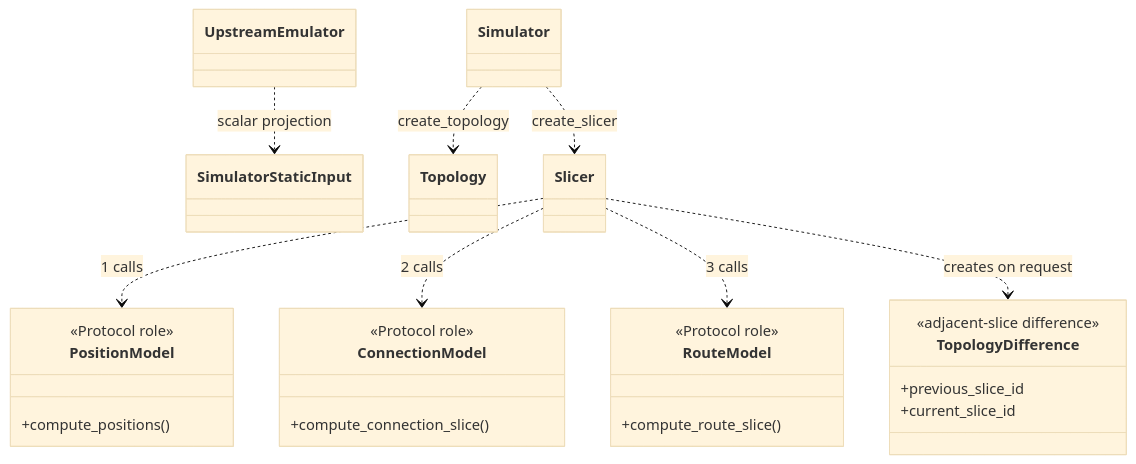
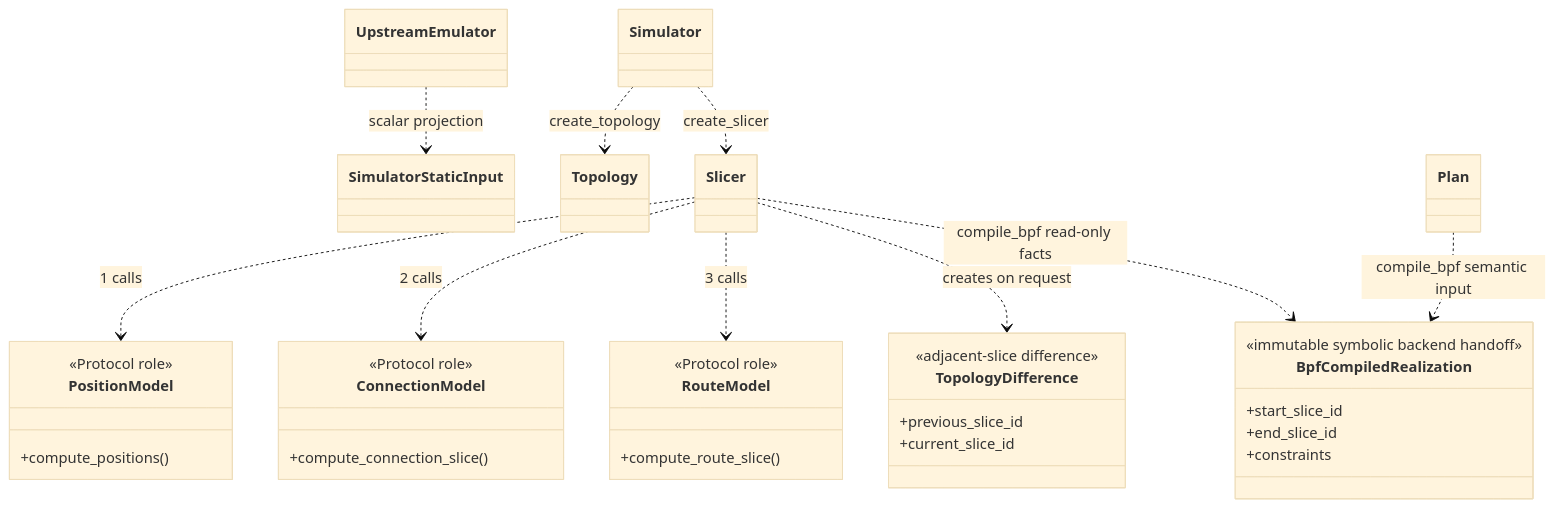
The eighth of 9 diagrams in skyseed_v2/docs/human-readable/object-model.md (seed-labs/skyseed), drawn with Mermaid (base theme) before and after one commit. The commit also changed other lines of this file and 41 other files, not shown here.

````diff
--- a/skyseed_v2/docs/human-readable/object-model.md
+++ b/skyseed_v2/docs/human-readable/object-model.md
@@ -290,33 +290,42 @@
 ```mermaid
 classDiagram
     class UpstreamEmulator
     class SimulatorStaticInput
     class Simulator
     class Topology
     class Slicer
     class PositionModel {
         <<Protocol role>>
         +compute_positions()
     }
     class ConnectionModel {
         <<Protocol role>>
         +compute_connection_slice()
     }
     class RouteModel {
         <<Protocol role>>
         +compute_route_slice()
     }
     class TopologyDifference {
         <<adjacent-slice difference>>
         +previous_slice_id
         +current_slice_id
     }
+    class Plan
+    class BpfCompiledRealization {
+        <<immutable symbolic backend handoff>>
+        +start_slice_id
+        +end_slice_id
+        +constraints
+    }
 
     UpstreamEmulator ..> SimulatorStaticInput : scalar projection
     Simulator ..> Topology : create_topology
     Simulator ..> Slicer : create_slicer
     Slicer ..> PositionModel : 1 calls
     Slicer ..> ConnectionModel : 2 calls
     Slicer ..> RouteModel : 3 calls
     Slicer ..> TopologyDifference : creates on request
+    Plan ..> BpfCompiledRealization : compile_bpf semantic input
+    Slicer ..> BpfCompiledRealization : compile_bpf read-only facts
 ```
````
